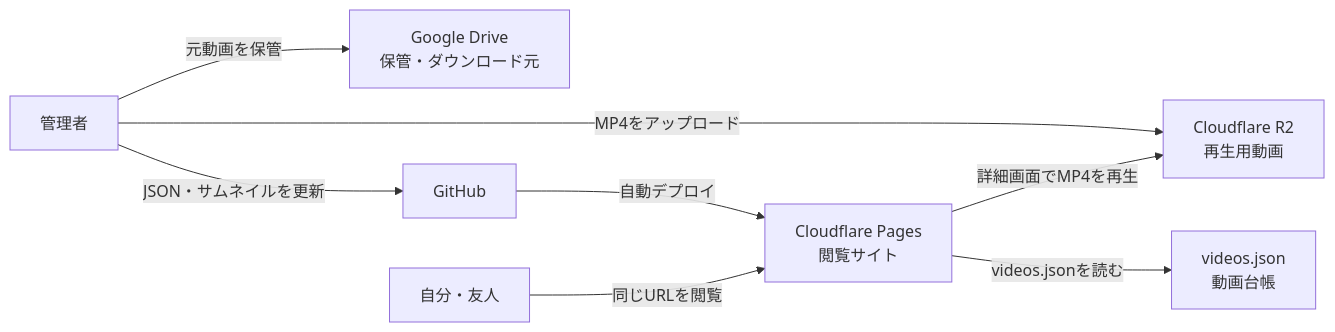
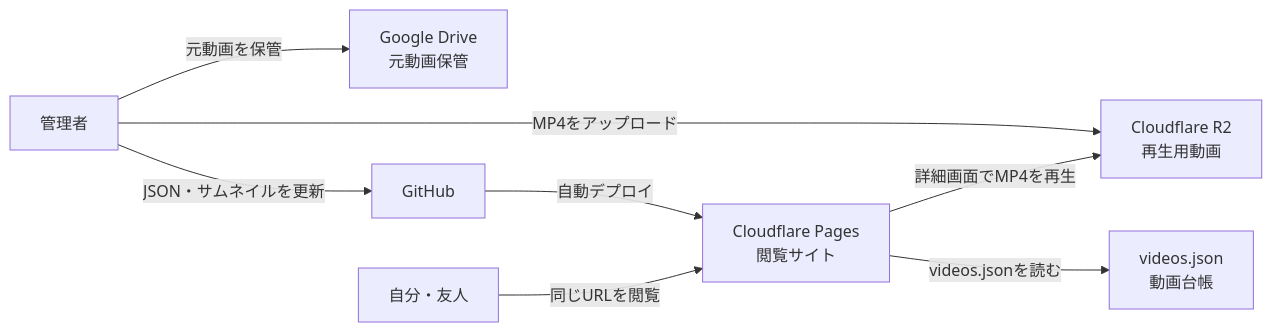
One commit to Saoki11111/video-shelf changed the first of 2 diagrams in docs/design.md. Above: the diagram before and after it, drawn with Mermaid. The commit also changed other lines of this file and 5 other files, not shown here.

````diff
--- a/docs/design.md
+++ b/docs/design.md
@@ -10,10 +10,10 @@
 ```mermaid
 flowchart LR
-    Owner[管理者] -->|元動画を保管| Drive[Google Drive<br>保管・ダウンロード元]
+    Owner[管理者] -->|元動画を保管| Drive[Google Drive<br>元動画保管]
     Owner -->|MP4をアップロード| R2[Cloudflare R2<br>再生用動画]
     Owner -->|JSON・サムネイルを更新| GitHub[GitHub]
     GitHub -->|自動デプロイ| Pages[Cloudflare Pages<br>閲覧サイト]
     Viewer[自分・友人] -->|同じURLを閲覧| Pages
     Pages -->|videos.jsonを読む| Catalog[videos.json<br>動画台帳]
     Pages -->|詳細画面でMP4を再生| R2
 ```
````
